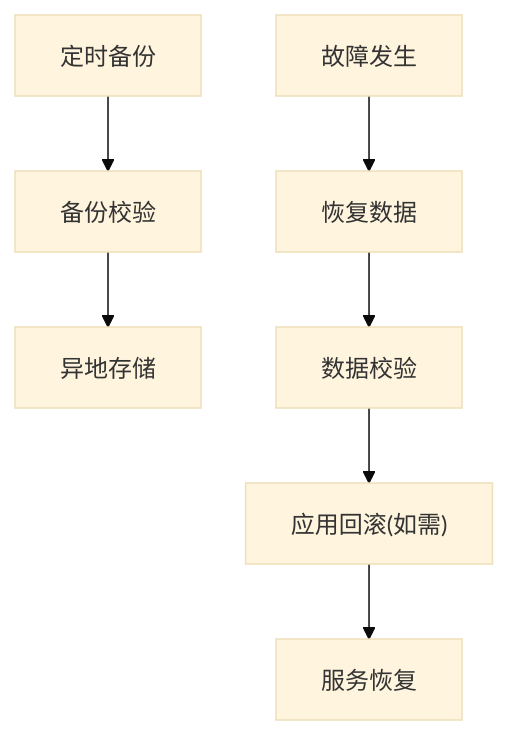
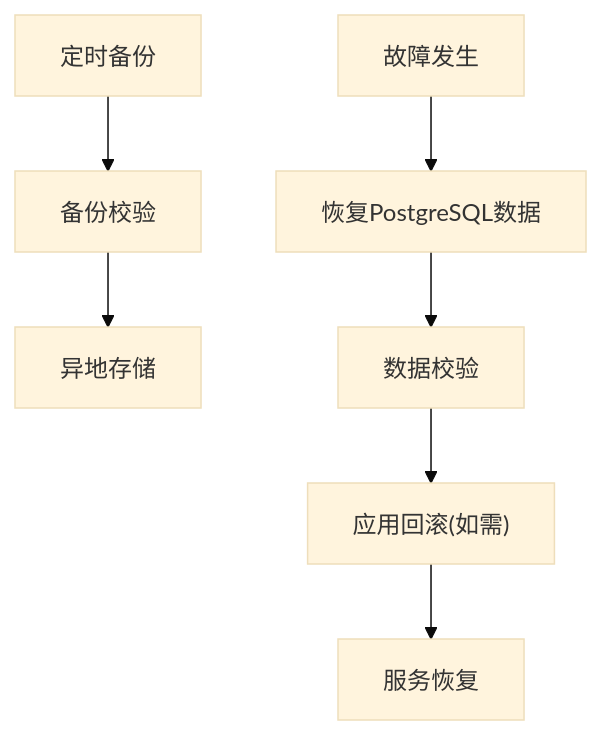
Diagram 11 of 14 in .qoder/repowiki/zh/content/部署运维.md (abokyoy/LectureLearnLoop), drawn with Mermaid (base theme) before and after one commit. The commit also changed other lines of this file and 91 other files, not shown here.

````diff
--- a/.qoder/repowiki/zh/content/部署运维.md
+++ b/.qoder/repowiki/zh/content/部署运维.md
@@ -406,9 +360,9 @@
 ```mermaid
 flowchart TD
 Backup["定时备份"] --> Verify["备份校验"]
 Verify --> Store["异地存储"]
-Incident["故障发生"] --> Restore["恢复数据"]
+Incident["故障发生"] --> Restore["恢复PostgreSQL数据"]
 Restore --> Validate["数据校验"]
 Validate --> Rollback["应用回滚(如需)"]
 Rollback --> ServiceUp["服务恢复"]
 ```
````
